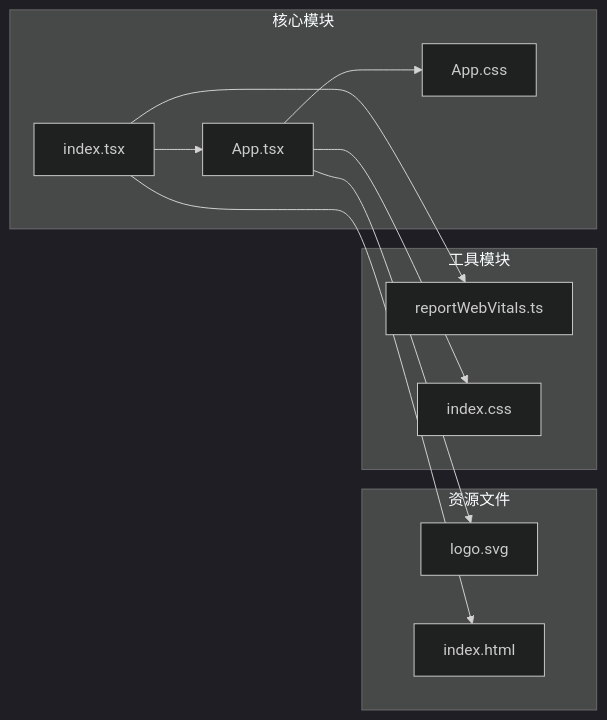
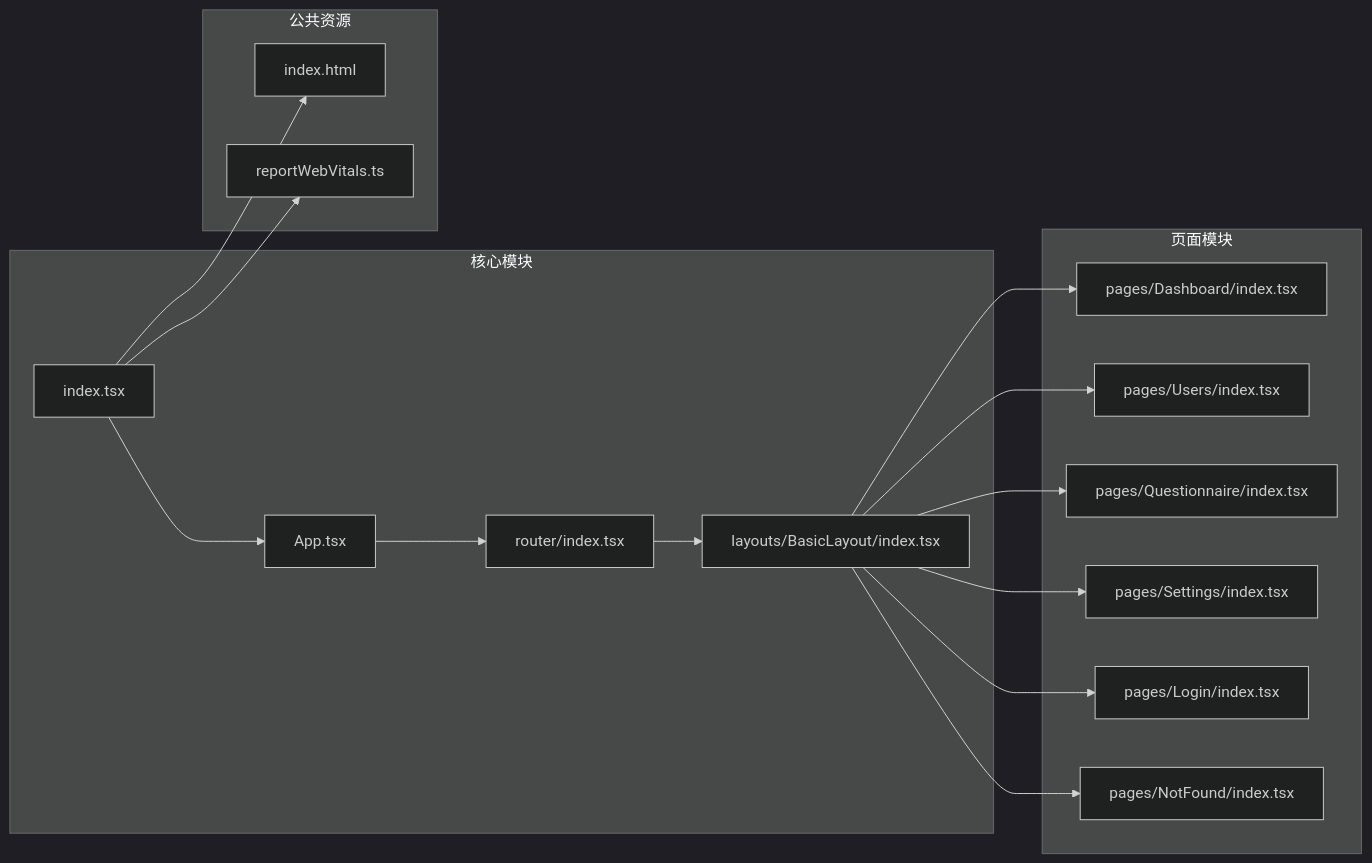
Before and after one commit to kkxxll/reactNext: the ninth of 9 diagrams in .qoder/repowiki/zh/content/核心组件/App 组件.md, drawn with Mermaid (dark theme). The commit also changed other lines of this file and 12 other files, not shown here.

````diff
--- a/.qoder/repowiki/zh/content/核心组件/App 组件.md
+++ b/.qoder/repowiki/zh/content/核心组件/App 组件.md
@@ -333,22 +412,32 @@
 ```mermaid
 graph LR
 subgraph "核心模块"
 AppTSX[App.tsx]
-AppCSS[App.css]
+RouterTSX[router/index.tsx]
 IndexTSX[index.tsx]
+BasicLayout[layouts/BasicLayout/index.tsx]
 end
-subgraph "资源文件"
-LogoSVG[logo.svg]
-IndexHTML[index.html]
+subgraph "页面模块"
+Dashboard[pages/Dashboard/index.tsx]
+Users[pages/Users/index.tsx]
+Questionnaire[pages/Questionnaire/index.tsx]
+Settings[pages/Settings/index.tsx]
+Login[pages/Login/index.tsx]
+NotFound[pages/NotFound/index.tsx]
 end
-subgraph "工具模块"
+subgraph "公共资源"
+PublicHTML[index.html]
 ReportTS[reportWebVitals.ts]
-IndexCSS[index.css]
 end
-AppTSX --> AppCSS
-AppTSX --> LogoSVG
+AppTSX --> RouterTSX
+RouterTSX --> BasicLayout
+BasicLayout --> Dashboard
+BasicLayout --> Users
+BasicLayout --> Questionnaire
+BasicLayout --> Settings
+BasicLayout --> Login
+BasicLayout --> NotFound
 IndexTSX --> AppTSX
-IndexTSX --> IndexHTML
+IndexTSX --> PublicHTML
 IndexTSX --> ReportTS
-AppTSX --> IndexCSS
 ```
````
